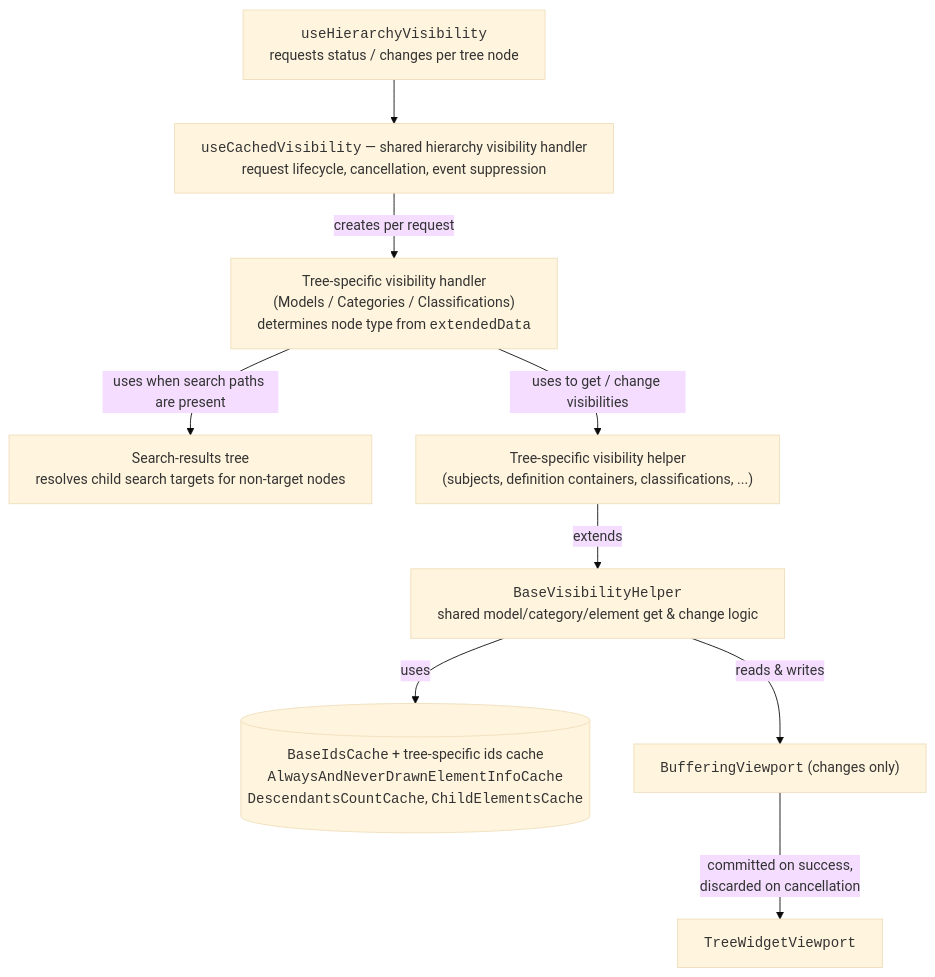
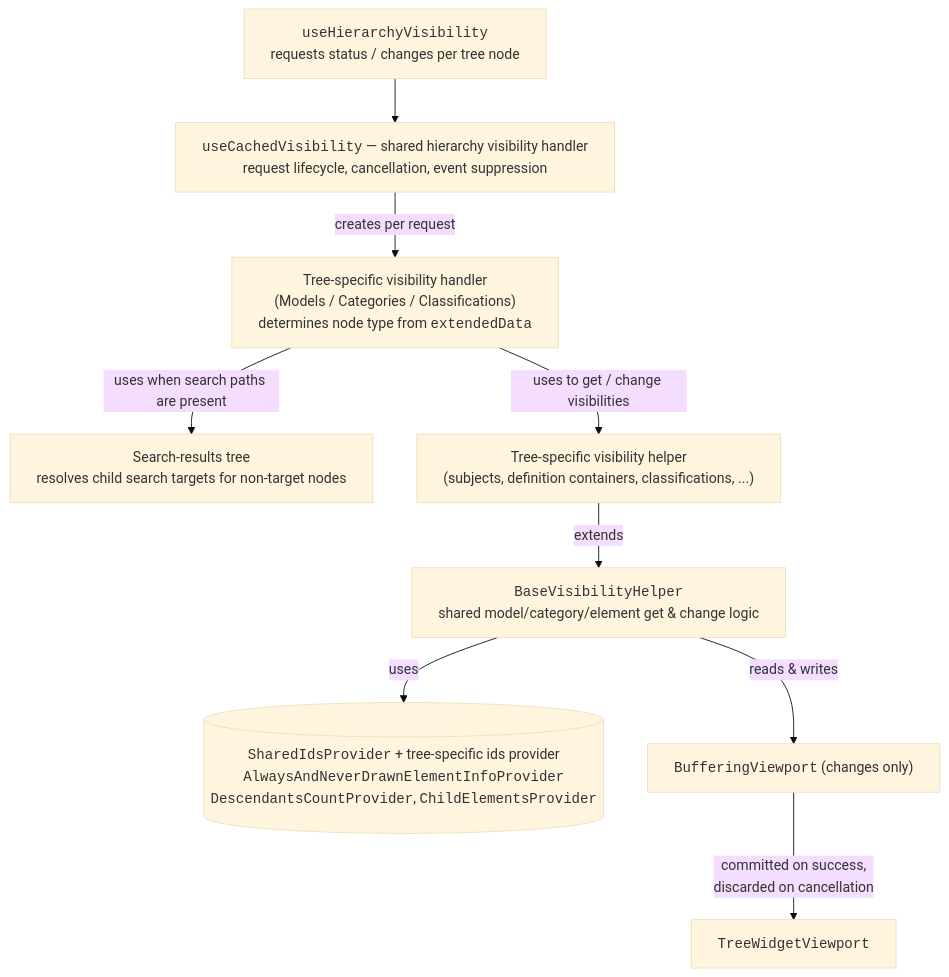
The first of 2 diagrams in packages/tree-widget/docs/Visibility.md (iTwin/viewer-components-react), drawn with Mermaid (base theme) before and after one commit. The commit also changed other lines of this file and 72 other files, not shown here.

Commit message:
[Tree widget]: rename caches to idsProviders

````diff
--- a/packages/tree-widget/docs/Visibility.md
+++ b/packages/tree-widget/docs/Visibility.md
@@ -9,28 +9,28 @@
 ```mermaid
 ---
 config:
   flowchart:
     wrappingWidth: 750
     useMaxWidth: false
 ---
 
 flowchart TD
   HOOK["<span style='font-family: monospace;'>useHierarchyVisibility</span><br/>requests status / changes per tree node"]
   UCV["<span style='font-family: monospace;'>useCachedVisibility</span> — shared hierarchy visibility handler<br/>request lifecycle, cancellation, event suppression"]
   HANDLER["Tree-specific visibility handler<br/>(Models / Categories / Classifications)<br/>determines node type from <span style='font-family: monospace;'>extendedData</span>"]
   SRT["Search-results tree<br/>resolves child search targets for non-target nodes"]
   HELPER["Tree-specific visibility helper<br/>(subjects, definition containers, classifications, ...)"]
   BASE["<span style='font-family: monospace;'>BaseVisibilityHelper</span><br/>shared model/category/element get &amp; change logic"]
-  CACHES[("<span style='font-family: monospace;'>BaseIdsCache</span> + tree-specific ids cache<br/><span style='font-family: monospace;'>AlwaysAndNeverDrawnElementInfoCache</span><br/><span style='font-family: monospace;'>DescendantsCountCache</span>, <span style='font-family: monospace;'>ChildElementsCache</span>")]
+  IDS_PROVIDERS[("<span style='font-family: monospace;'>SharedIdsProvider</span> + tree-specific ids provider<br/><span style='font-family: monospace;'>AlwaysAndNeverDrawnElementInfoProvider</span><br/><span style='font-family: monospace;'>DescendantsCountProvider</span>, <span style='font-family: monospace;'>ChildElementsProvider</span>")]
   BUF["<span style='font-family: monospace;'>BufferingViewport</span> (changes only)"]
   VP["<span style='font-family: monospace;'>TreeWidgetViewport</span>"]
 
   HOOK --> UCV
   UCV -- "creates per request" --> HANDLER
   HANDLER -- "uses when search paths are present" --> SRT
   HANDLER -- "uses to get / change visibilities" --> HELPER
   HELPER -- "extends" --> BASE
-  BASE -- "uses" --> CACHES
+  BASE -- "uses" --> IDS_PROVIDERS
   BASE -- "reads & writes" --> BUF
   BUF -- "committed on success,<br/>discarded on cancellation" --> VP
 ```
````
